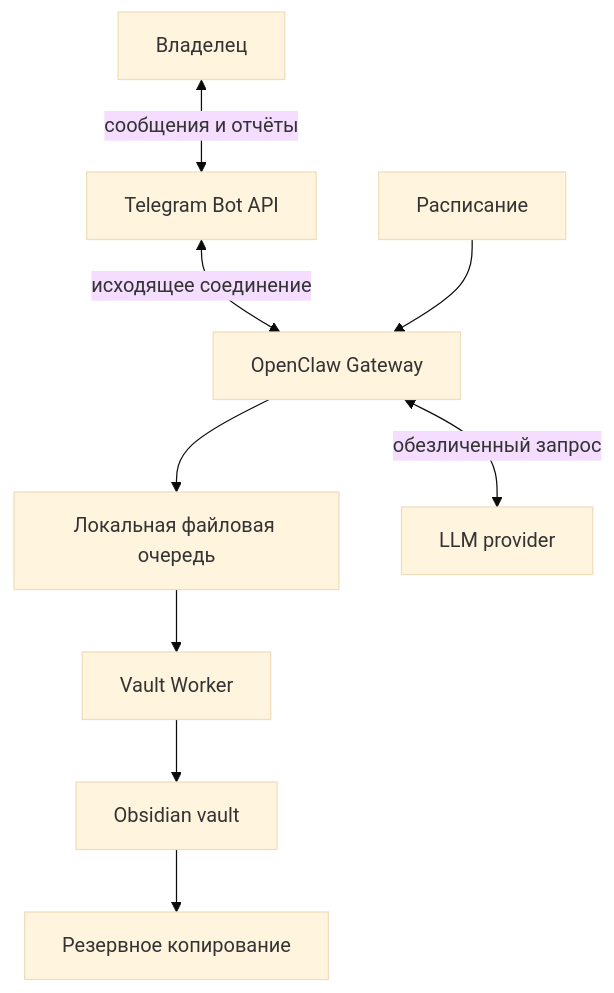
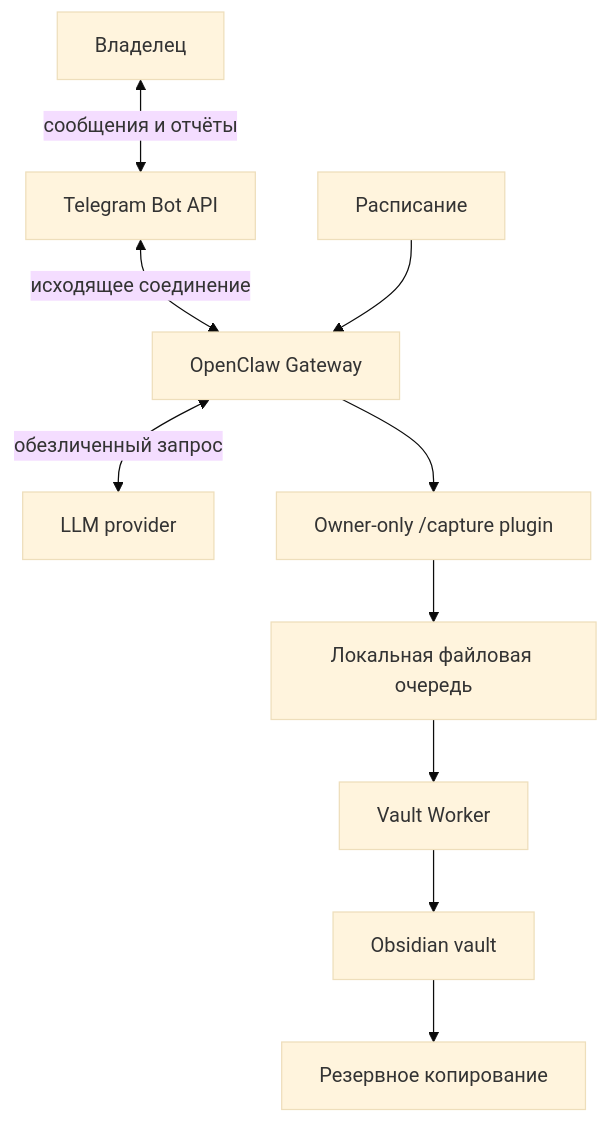
Before and after one commit to gmlol11/obsidian-assistant: the first of 2 diagrams in docs/architecture.md, drawn with Mermaid (base theme). The commit also changed other lines of this file and 37 other files, not shown here.

Commit message:
feat: add secure Telegram OpenClaw capture bridge

````diff
--- a/docs/architecture.md
+++ b/docs/architecture.md
@@ -13,21 +13,22 @@
 ```mermaid
 flowchart TB
     Owner["Владелец"]
     Telegram["Telegram Bot API"]
     OpenClaw["OpenClaw Gateway"]
     Queue["Локальная файловая очередь"]
     Worker["Vault Worker"]
     Vault["Obsidian vault"]
     LLM["LLM provider"]
     Scheduler["Расписание"]
     Backup["Резервное копирование"]
 
     Owner <-->|"сообщения и отчёты"| Telegram
     Telegram <-->|"исходящее соединение"| OpenClaw
     OpenClaw <-->|"обезличенный запрос"| LLM
-    OpenClaw --> Queue
+    OpenClaw --> Plugin["Owner-only /capture plugin"]
+    Plugin --> Queue
     Queue --> Worker
     Worker --> Vault
     Scheduler --> OpenClaw
     Vault --> Backup
 ```
````
